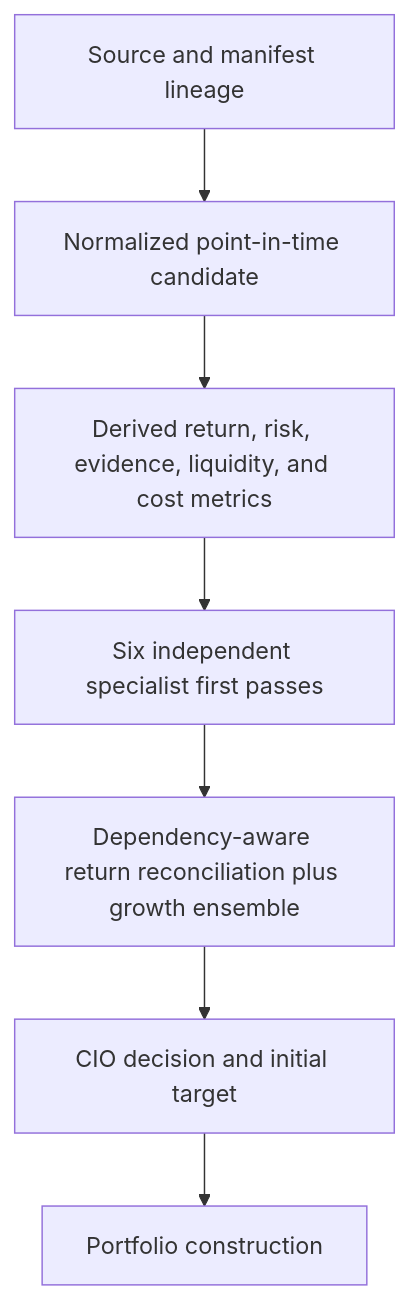
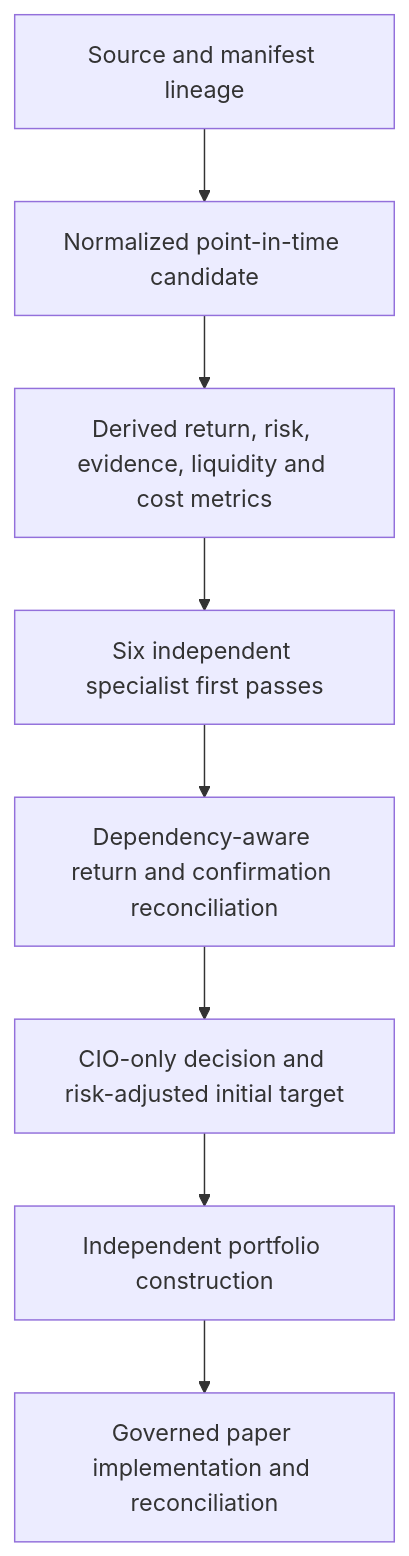
One commit to levonmendall/capital-intelligence-platform changed the diagram in COMMITTEE_AND_CIO_AUDIT.md. Above: the diagram before and after it, drawn with Mermaid. The commit also changed other lines of this file, not shown here.

Commit message:
Update committee CIO audit after integrity corrections

````diff
--- a/COMMITTEE_AND_CIO_AUDIT.md
+++ b/COMMITTEE_AND_CIO_AUDIT.md
@@ -11,9 +18,10 @@
 ```mermaid
 flowchart TD
     S["Source and manifest lineage"] --> N["Normalized point-in-time candidate"]
-    N --> D["Derived return, risk, evidence, liquidity, and cost metrics"]
+    N --> D["Derived return, risk, evidence, liquidity and cost metrics"]
     D --> P["Six independent specialist first passes"]
-    P --> R["Dependency-aware return reconciliation plus growth ensemble"]
-    R --> C["CIO decision and initial target"]
-    C --> K["Portfolio construction"]
+    P --> R["Dependency-aware return and confirmation reconciliation"]
+    R --> C["CIO-only decision and risk-adjusted initial target"]
+    C --> K["Independent portfolio construction"]
+    K --> E["Governed paper implementation and reconciliation"]
 ```
````
